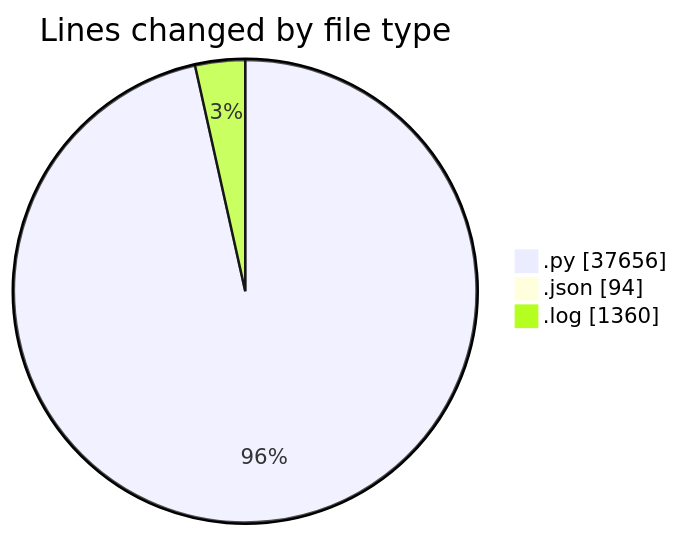
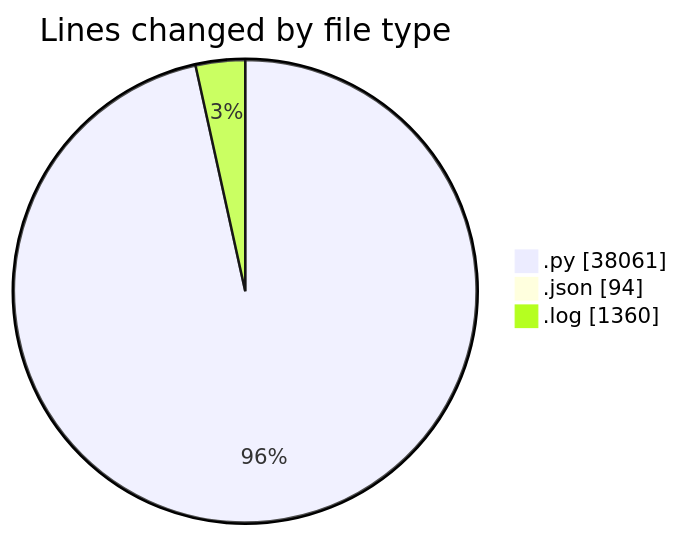
One commit to jrari/code-tracking changed the first of 2 diagrams in 2025-07-14/telebot/README.md. Above: the diagram before and after it, drawn with Mermaid. The commit also changed other lines of this file and 1 other file, not shown here.

````diff
--- a/2025-07-14/telebot/README.md
+++ b/2025-07-14/telebot/README.md
@@ -64,7 +65,7 @@
 ```mermaid
 pie showData
 title Lines changed by file type
-".py" : 37656
+".py" : 38061
 ".json" : 94
 ".log" : 1360
 ```
````
